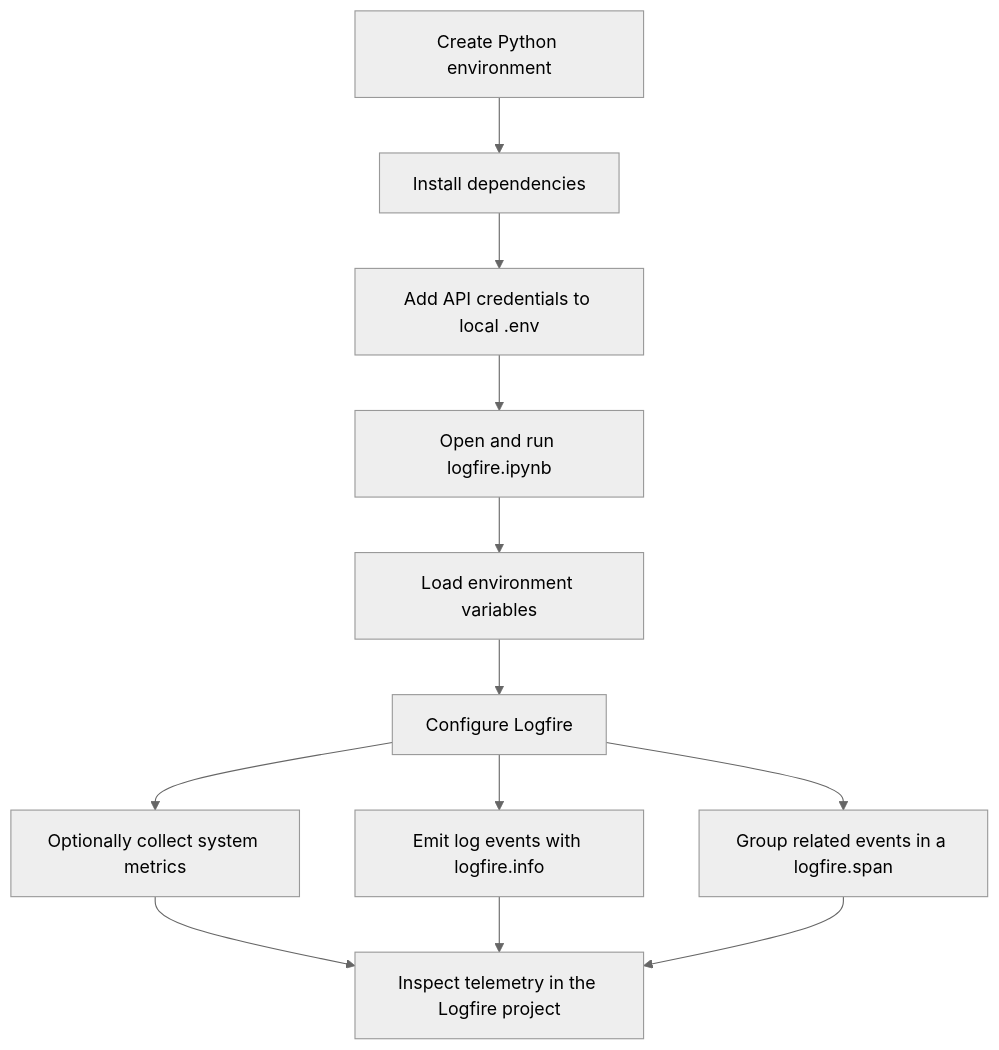
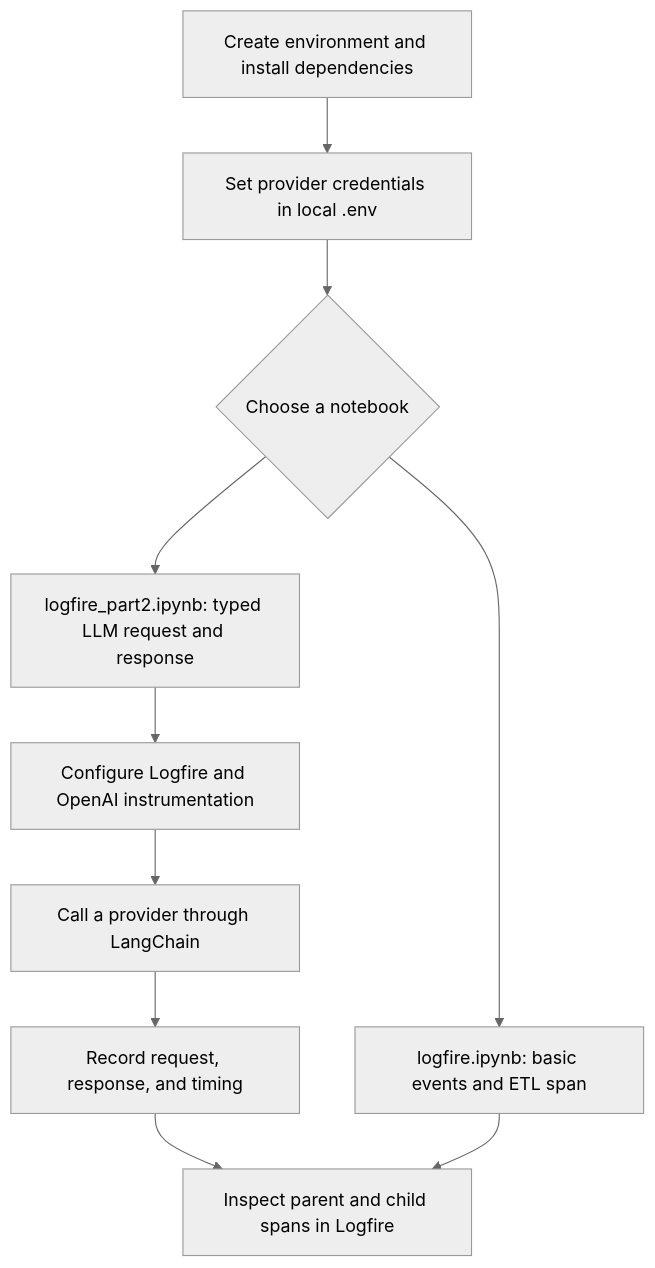
One commit to syednoormujassum/pydantic_logfire changed the diagram in README.md. Above: the diagram before and after it, drawn with Mermaid (neutral theme). The commit also changed other lines of this file and 1 other file, not shown here.

````diff
--- a/README.md
+++ b/README.md
@@ -7,14 +9,12 @@
 ```mermaid
 flowchart TD
-A[Create Python environment] --> B[Install dependencies]
-B --> C[Add API credentials to local .env]
-C --> D[Open and run logfire.ipynb]
-D --> E[Load environment variables]
-E --> F[Configure Logfire]
-F --> G[Optionally collect system metrics]
-F --> H[Emit log events with logfire.info]
-F --> I[Group related events in a logfire.span]
-G --> J[Inspect telemetry in the Logfire project]
-H --> J
-I --> J
+    A[Create environment and install dependencies] --> B[Set provider credentials in local .env]
+    B --> C{Choose a notebook}
+    C --> D[logfire.ipynb: basic events and ETL span]
+    C --> E[logfire_part2.ipynb: typed LLM request and response]
+    E --> F[Configure Logfire and OpenAI instrumentation]
+    F --> G[Call a provider through LangChain]
+    G --> H[Record request, response, and timing]
+    H --> I[Inspect parent and child spans in Logfire]
+    D --> I
 ```
````
